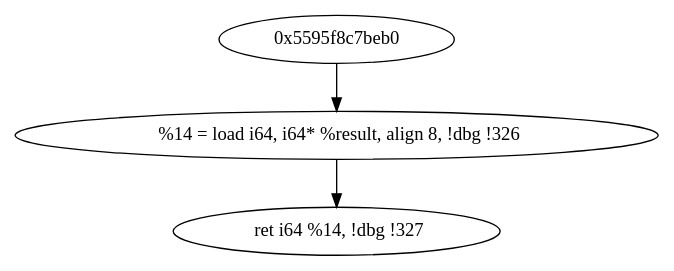
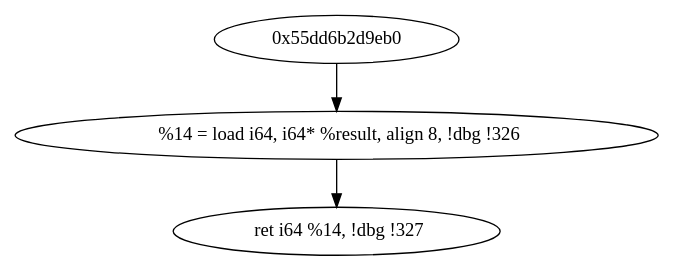
The diagram in benchmarks/correctness/_Z6modexpyyy_ddg_while.end.dot (rudrajyotiroy/mirrormaze), drawn with Graphviz before and after one commit. The commit also changed 9 other files, not shown here.

```diff
--- a/benchmarks/correctness/_Z6modexpyyy_ddg_while.end.dot
+++ b/benchmarks/correctness/_Z6modexpyyy_ddg_while.end.dot
@@ -1,6 +1,6 @@
 digraph DDG {
-  "0x5595f8c7d020" [label="  %14 = load i64, i64* %result, align 8, !dbg !326"];
-  "0x5595f8c7d0c0" [label="  ret i64 %14, !dbg !327"];
-  "0x5595f8c7beb0" -> "0x5595f8c7d020";
-  "0x5595f8c7d020" -> "0x5595f8c7d0c0";
+  "0x55dd6b2db020" [label="  %14 = load i64, i64* %result, align 8, !dbg !326"];
+  "0x55dd6b2db0c0" [label="  ret i64 %14, !dbg !327"];
+  "0x55dd6b2d9eb0" -> "0x55dd6b2db020";
+  "0x55dd6b2db020" -> "0x55dd6b2db0c0";
 }
```
